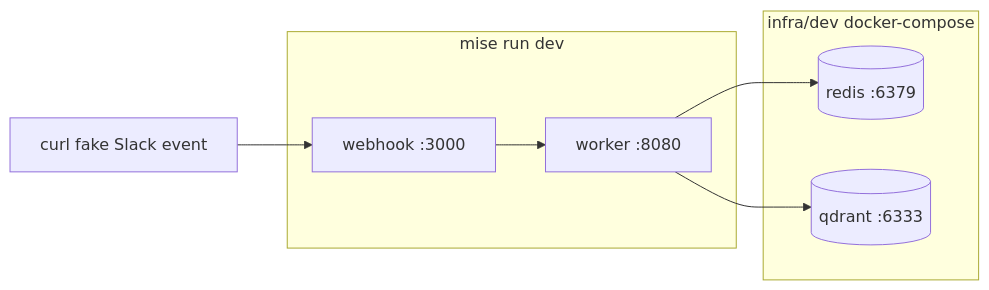
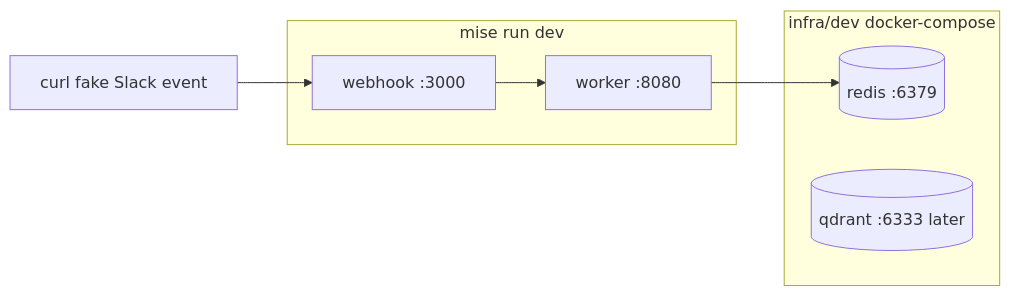
The first of 5 diagrams in docs/architecture.md (tentaShiratori/slack-ai-agent), drawn with Mermaid before and after one commit. The commit also changed other lines of this file and 9 other files, not shown here.

````diff
--- a/docs/architecture.md
+++ b/docs/architecture.md
@@ -23,17 +34,16 @@
 ```mermaid
 flowchart LR
   subgraph host [mise run dev]
     Webhook[webhook :3000]
     Worker[worker :8080]
   end
 
   subgraph dockerCompose [infra/dev docker-compose]
     Redis[(redis :6379)]
-    Qdrant[(qdrant :6333)]
+    Qdrant[(qdrant :6333 later)]
   end
 
   Curl[curl fake Slack event] --> Webhook
   Webhook --> Worker
   Worker --> Redis
-  Worker --> Qdrant
 ```
````
